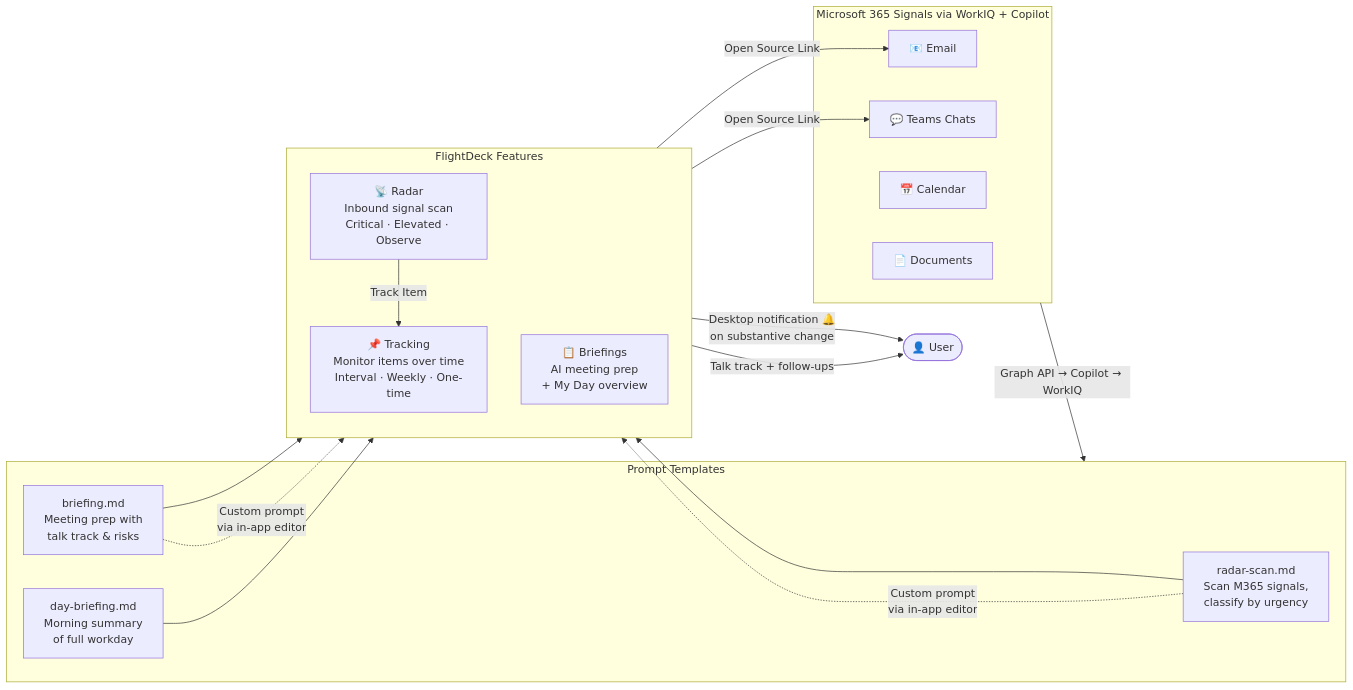
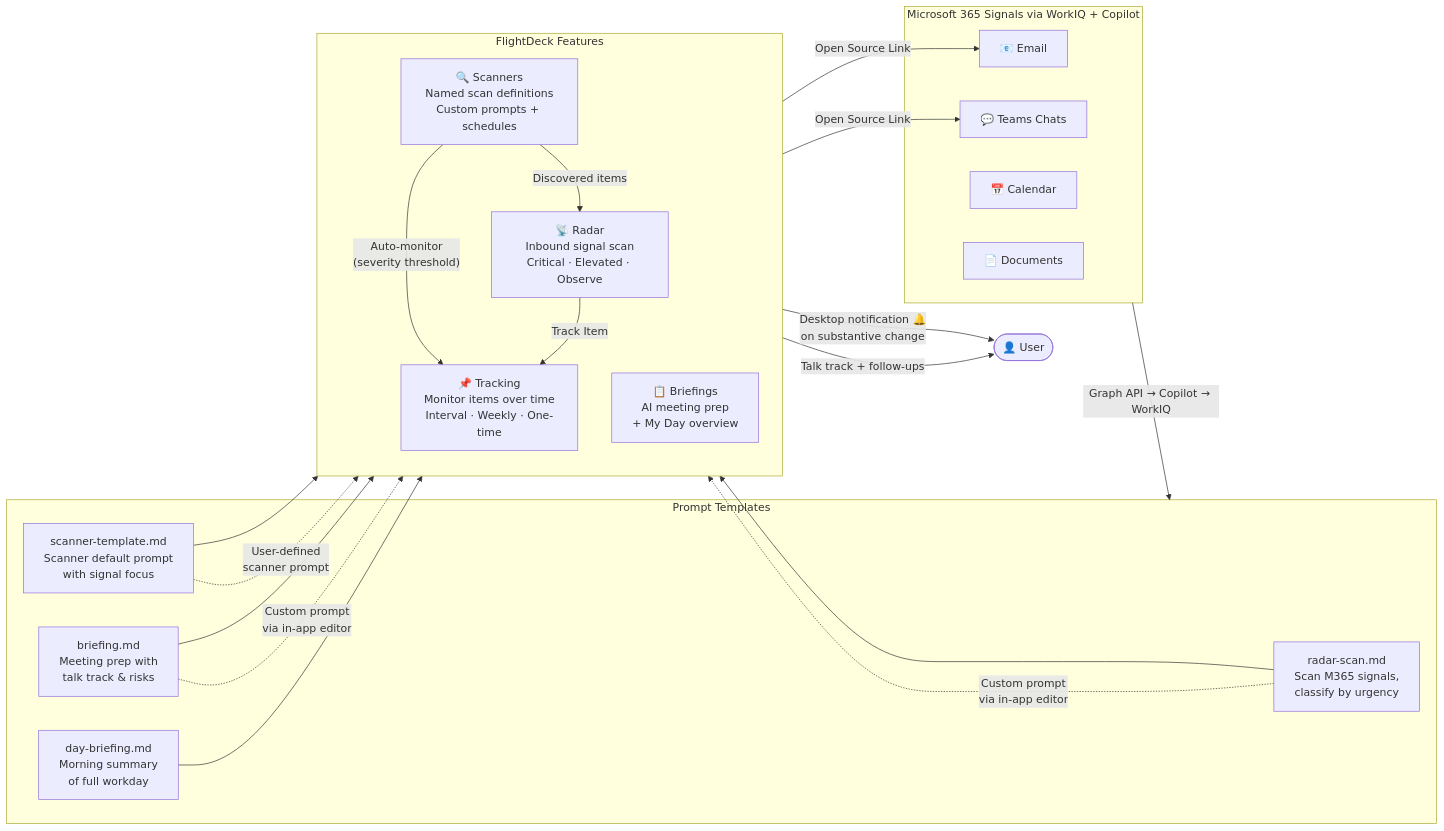
One commit to kpoineal/FlightDeck changed the third of 5 diagrams in docs/architecture-diagrams.md. Above: the diagram before and after it, drawn with Mermaid. The commit also changed other lines of this file and 3 other files, not shown here.

````diff
--- a/docs/architecture-diagrams.md
+++ b/docs/architecture-diagrams.md
@@ -131,36 +152,42 @@
 ```mermaid
 flowchart LR
     subgraph Prompts["Prompt Templates"]
         RS["radar-scan.md<br/>Scan M365 signals,<br/>classify by urgency"]
+        ST["scanner-template.md<br/>Scanner default prompt<br/>with signal focus"]
         BF["briefing.md<br/>Meeting prep with<br/>talk track & risks"]
         DB["day-briefing.md<br/>Morning summary<br/>of full workday"]
     end
 
     subgraph Features["FlightDeck Features"]
         direction TB
+        ScanF["🔍 Scanners<br/>Named scan definitions<br/>Custom prompts + schedules"]
         RadarF["📡 Radar<br/>Inbound signal scan<br/>Critical · Elevated · Observe"]
         TrackF["📌 Tracking<br/>Monitor items over time<br/>Interval · Weekly · One-time"]
         BriefF["📋 Briefings<br/>AI meeting prep<br/>+ My Day overview"]
     end
 
     subgraph DataSources["Microsoft 365 Signals via WorkIQ + Copilot"]
         Email["📧 Email"]
         Teams["💬 Teams Chats"]
         Calendar["📅 Calendar"]
         Docs["📄 Documents"]
     end
 
     RS --> RadarF
+    ST --> ScanF
     BF --> BriefF
     DB --> BriefF
     RS -.->|"Custom prompt<br/>via in-app editor"| RadarF
+    ST -.->|"User-defined<br/>scanner prompt"| ScanF
     BF -.->|"Custom prompt<br/>via in-app editor"| BriefF
 
     DataSources -->|"Graph API → Copilot → WorkIQ"| Prompts
 
+    ScanF -->|"Discovered items"| RadarF
+    ScanF -->|"Auto-monitor<br/>(severity threshold)"| TrackF
     RadarF -->|"Track Item"| TrackF
     RadarF -->|"Open Source Link"| Email
     RadarF -->|"Open Source Link"| Teams
     TrackF -->|"Desktop notification 🔔<br/>on substantive change"| User([👤 User])
     BriefF -->|"Talk track + follow-ups"| User
 ```
````
